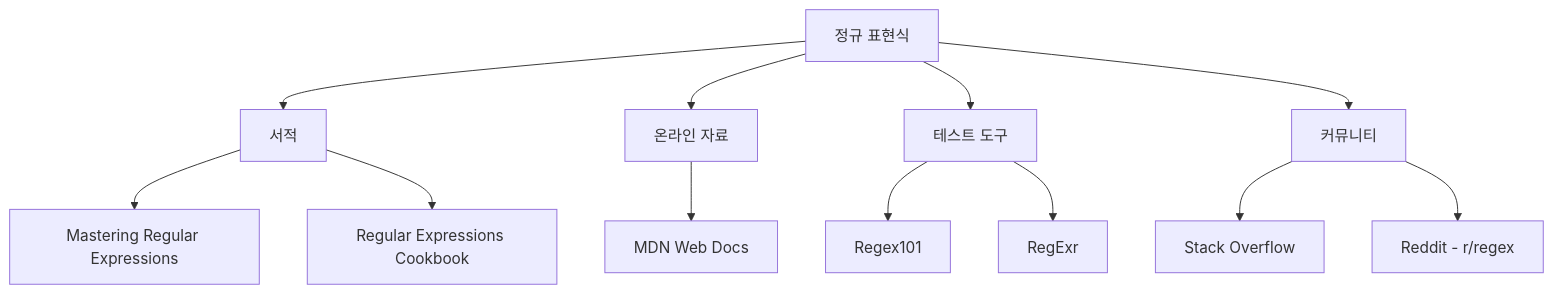
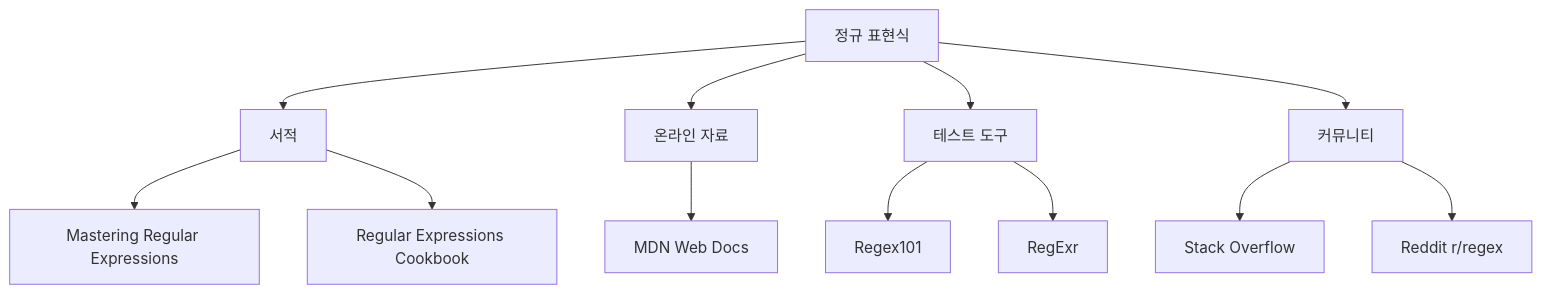
Before and after one commit to 42jerrykim/42jerrykim.github.io: the ninth of 9 diagrams in content/post/2024/2024-08-26-CSharp-regex/index.md, drawn with Mermaid. The commit also changed other lines of this file and 239 other files, not shown here.

````diff
--- a/content/post/2024/2024-08-26-CSharp-regex/index.md
+++ b/content/post/2024/2024-08-26-CSharp-regex/index.md
@@ -1036,14 +1062,14 @@
 ```mermaid
 graph TD;
-    A[정규 표현식] --> B[서적]
-    A --> C[온라인 자료]
-    A --> D[테스트 도구]
-    A --> E[커뮤니티]
-    B --> F[Mastering Regular Expressions]
-    B --> G[Regular Expressions Cookbook]
-    C --> H[MDN Web Docs]
-    D --> I[Regex101]
-    D --> J[RegExr]
-    E --> K[Stack Overflow]
-    E --> L[Reddit - r/regex]
+    refRegex["정규 표현식"] --> refBook["서적"]
+    refRegex --> refOnline["온라인 자료"]
+    refRegex --> refTool["테스트 도구"]
+    refRegex --> refComm["커뮤니티"]
+    refBook --> masteringRe["Mastering Regular Expressions"]
+    refBook --> cookbook["Regular Expressions Cookbook"]
+    refOnline --> mdnDocs["MDN Web Docs"]
+    refTool --> regex101["Regex101"]
+    refTool --> regexr["RegExr"]
+    refComm --> stackOverflow["Stack Overflow"]
+    refComm --> redditRegex["Reddit r/regex"]
 ```
````
